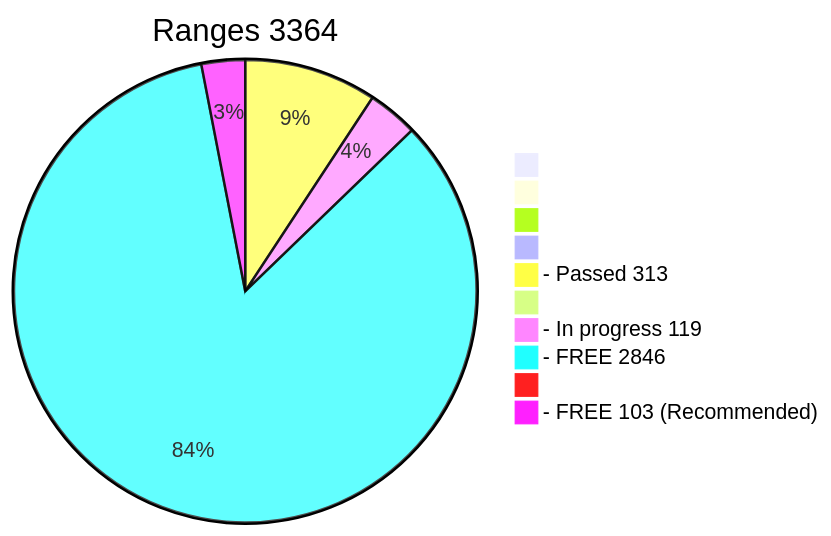
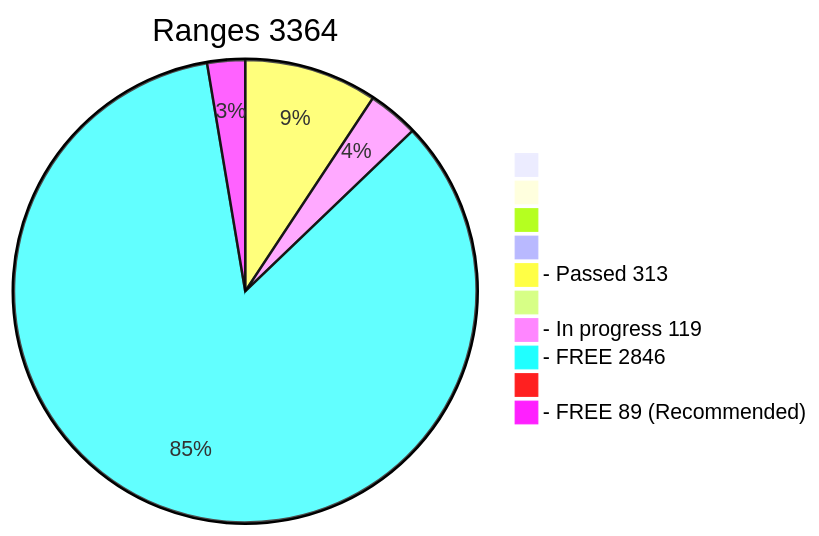
Before and after one commit to phrutis/wif500: the diagram in x64/Release/table.md, drawn with Mermaid.

````diff
--- a/x64/Release/table.md
+++ b/x64/Release/table.md
@@ -2,13 +2,13 @@
 ```mermaid
 pie title Ranges 3364
   " " : 0
   "  " : 0
   "   " : 0
   "    " : 0
   "- Passed 313" : 313
   "     " : 0
   "- In progress 119" : 119
   "- FREE 2846" : 2846
   "      " : 0
-  "- FREE 103 (Recommended)" : 103
+  "- FREE 89 (Recommended)" : 89
 ```
````
